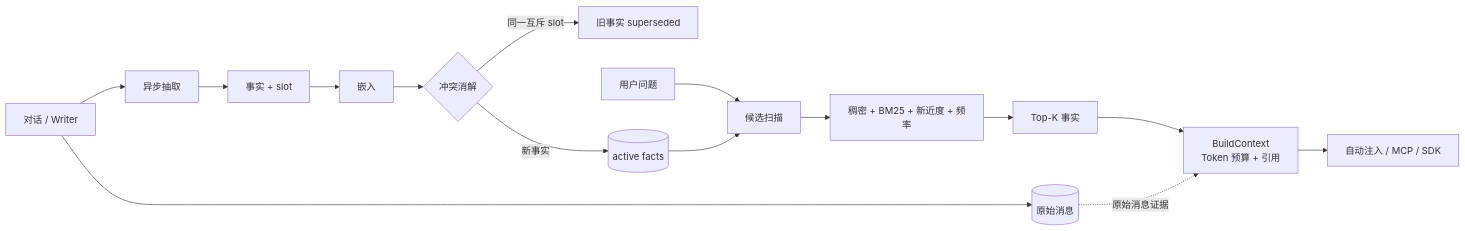
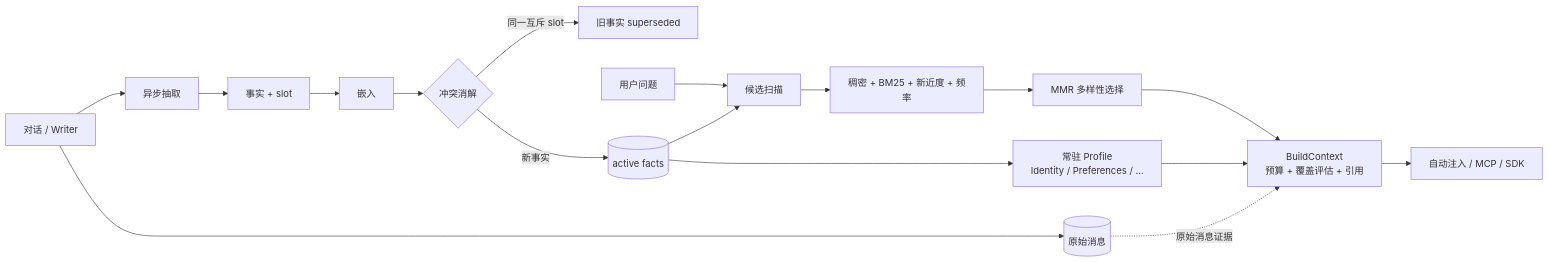
The diagram in README.md (Deep-Octopus/Memorigo), drawn with Mermaid before and after one commit. The commit also changed other lines of this file and 23 other files, not shown here.

First line of the commit message:
feat: add always-on profile and context engine v2

````diff
--- a/README.md
+++ b/README.md
@@ -58,17 +60,19 @@
 ```mermaid
 flowchart LR
     A[对话 / Writer] --> B[(原始消息)]
     A --> C[异步抽取]
     C --> D[事实 + slot]
     D --> E[嵌入]
     E --> F{冲突消解}
     F -->|同一互斥 slot| G[旧事实 superseded]
     F -->|新事实| H[(active facts)]
     Q[用户问题] --> J[候选扫描]
     H --> J
     J --> K[稠密 + BM25 + 新近度 + 频率]
-    K --> L[Top-K 事实]
-    L --> M[BuildContext<br/>Token 预算 + 引用]
+    K --> L[MMR 多样性选择]
+    H --> P[常驻 Profile<br/>Identity / Preferences / ...]
+    L --> M[BuildContext<br/>预算 + 覆盖评估 + 引用]
+    P --> M
     B -. 原始消息证据 .-> M
     M --> N[自动注入 / MCP / SDK]
 ```
````
